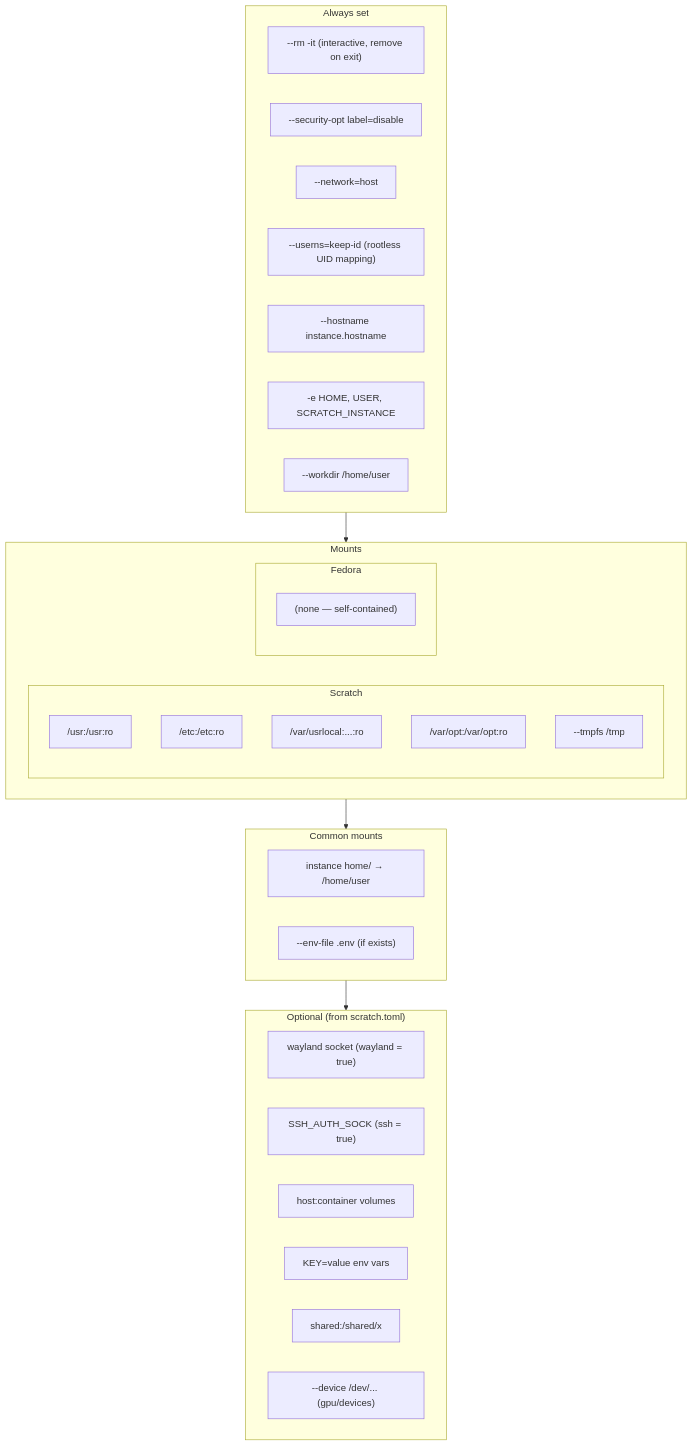
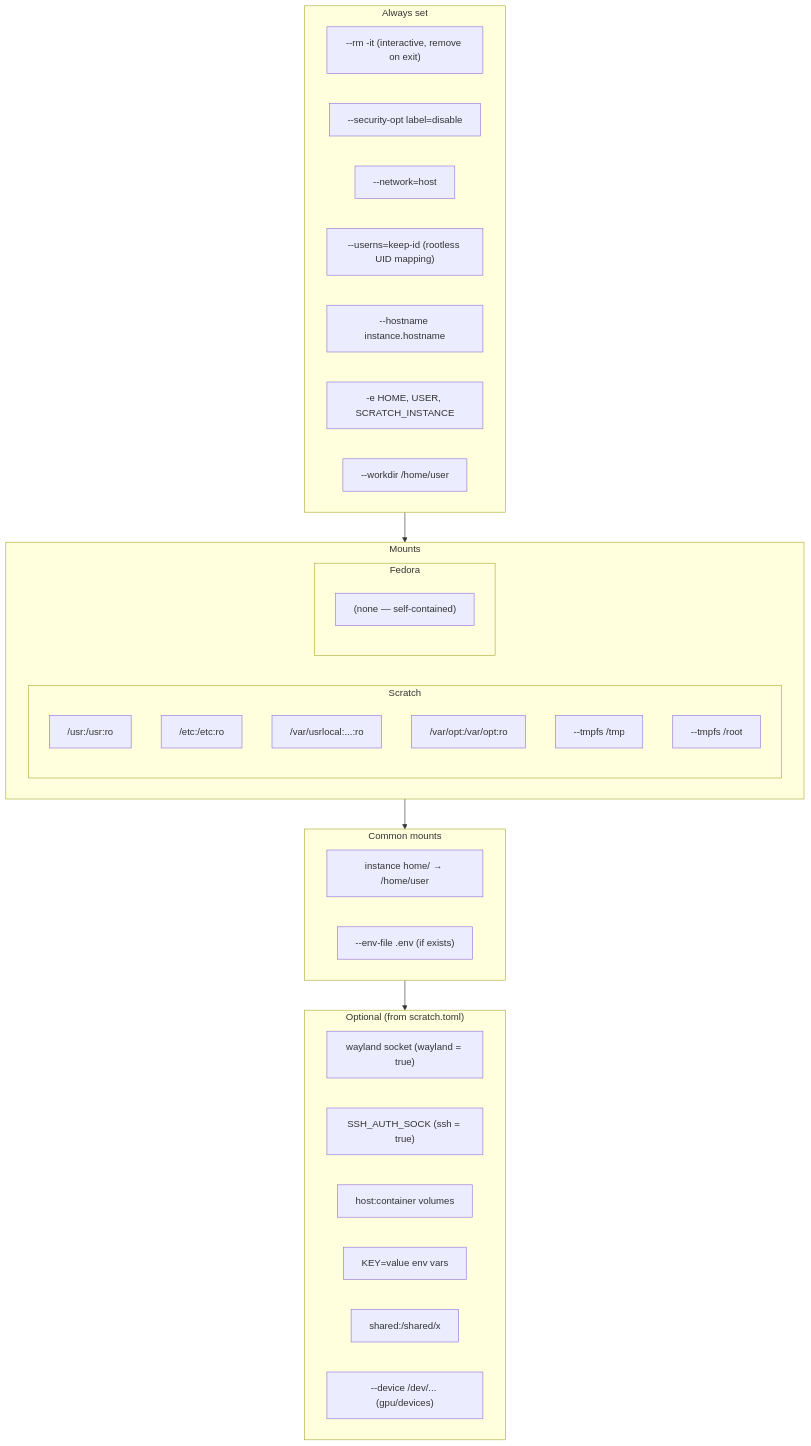
One commit to Microtome/scratch_monkey changed diagram 11 of 17 in HELP.md. Above: the diagram before and after it, drawn with Mermaid. The commit also changed other lines of this file and 3 other files, not shown here.

````diff
--- a/HELP.md
+++ b/HELP.md
@@ -388,44 +388,45 @@
 ```mermaid
 graph TD
     subgraph always["Always set"]
         A1["--rm -it (interactive, remove on exit)"]
         A2["--security-opt label=disable"]
         A3["--network=host"]
         A4["--userns=keep-id (rootless UID mapping)"]
         A5["--hostname instance.hostname"]
         A6["-e HOME, USER, SCRATCH_INSTANCE"]
         A7["--workdir /home/user"]
     end
 
     subgraph mounts["Mounts"]
         direction LR
         subgraph scratch_mounts["Scratch"]
             M1["/usr:/usr:ro"]
             M2["/etc:/etc:ro"]
             M3["/var/usrlocal:...:ro"]
             M4["/var/opt:/var/opt:ro"]
             M8["--tmpfs /tmp"]
+            M9["--tmpfs /root"]
         end
         subgraph fedora_mounts["Fedora"]
             M5["(none — self-contained)"]
         end
     end
 
     subgraph common["Common mounts"]
         M6["instance home/ → /home/user"]
         M7["--env-file .env (if exists)"]
     end
 
     subgraph optional["Optional (from scratch.toml)"]
         O1["wayland socket (wayland = true)"]
         O2["SSH_AUTH_SOCK (ssh = true)"]
         O3["host:container volumes"]
         O4["KEY=value env vars"]
         O5["shared:/shared/x"]
         O6["--device /dev/... (gpu/devices)"]
     end
 
     always --> mounts
     mounts --> common
     common --> optional
 ```
````
